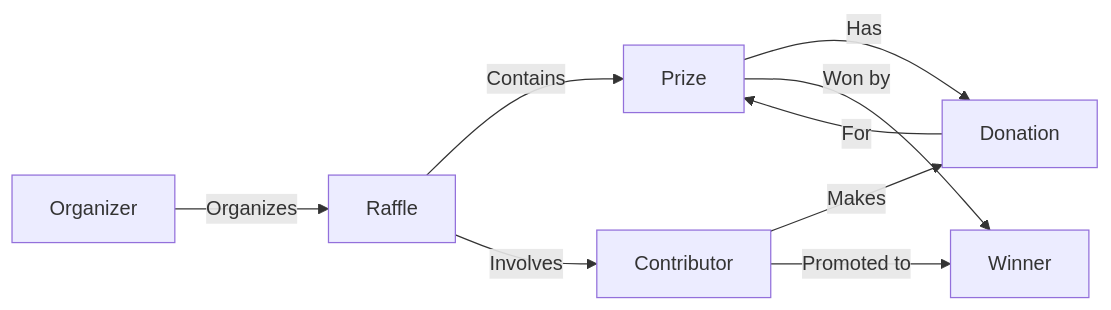
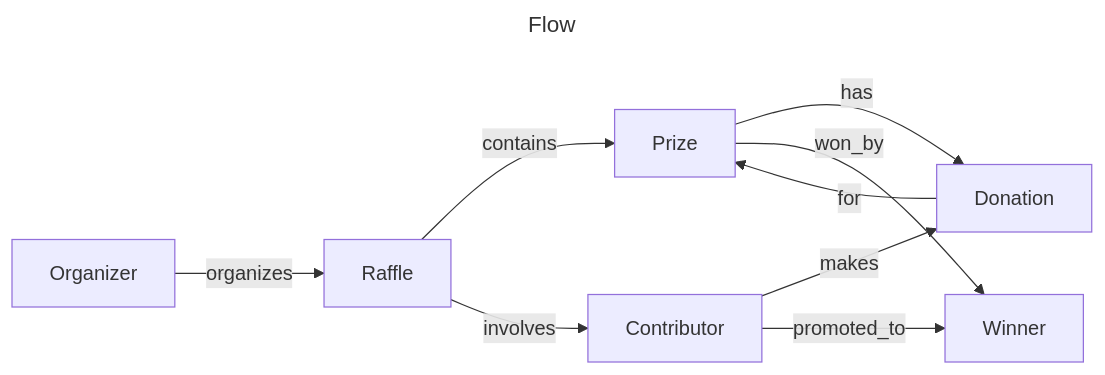
Before and after one commit to bluegophercult/yarmarok: the first of 2 diagrams in README.md, drawn with Mermaid. The commit also changed other lines of this file, not shown here.

````diff
--- a/README.md
+++ b/README.md
@@ -10,11 +52,14 @@
 ```mermaid
+---
+title: Flow
+---
 graph LR
-    O["Organizer"] -- "Organizes" --> R["Raffle"]
-R -- "Contains" --> P["Prize"]
-R -- "Involves" --> C["Contributor"]
-C -- "Makes" --> D["Donation"]
-D -- "For" --> P
-P -- "Has" --> D
-P -- "Won by" --> W["Winner"]
-C -- "Promoted to" --> W
+    O[Organizer] -- organizes --> R[Raffle]
+    R -- contains --> P[Prize]
+    R -- involves --> C[Contributor]
+    C -- makes --> D[Donation]
+    D -- for --> P
+    P -- has --> D
+    P -- won_by --> W[Winner]
+    C -- promoted_to --> W
 ```
````
